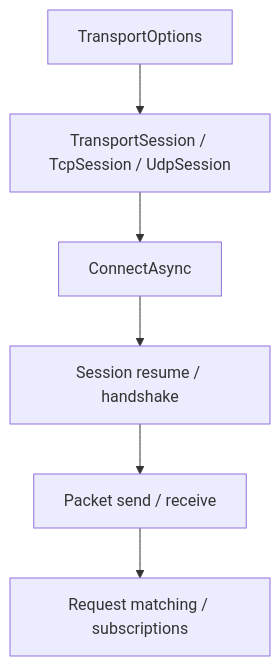
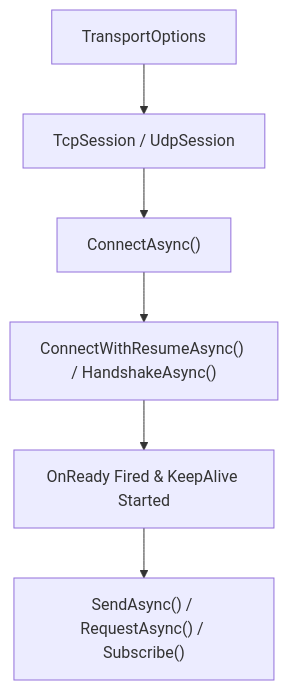
One commit to ppn-systems/nalix-docs changed the diagram in src/content/docs/en-us/packages/nalix-sdk.md. Above: the diagram before and after it, drawn with Mermaid. The commit also changed other lines of this file and 180 other files, not shown here.

````diff
--- a/src/content/docs/en-us/packages/nalix-sdk.md
+++ b/src/content/docs/en-us/packages/nalix-sdk.md
@@ -16,8 +16,8 @@
 ```mermaid
 flowchart TD
-    A["TransportOptions"] --> B["TransportSession / TcpSession / UdpSession"]
-    B --> C["ConnectAsync"]
-    C --> D["Session resume / handshake"]
-    D --> E["Packet send / receive"]
-    E --> F["Request matching / subscriptions"]
+    A["TransportOptions"] --> B["TcpSession / UdpSession"]
+    B --> C["ConnectAsync()"]
+    C --> D["ConnectWithResumeAsync() / HandshakeAsync()"]
+    D --> E["OnReady Fired & KeepAlive Started"]
+    E --> F["SendAsync() / RequestAsync<TResponse>() / Subscribe<T>()"]
 ```
````
